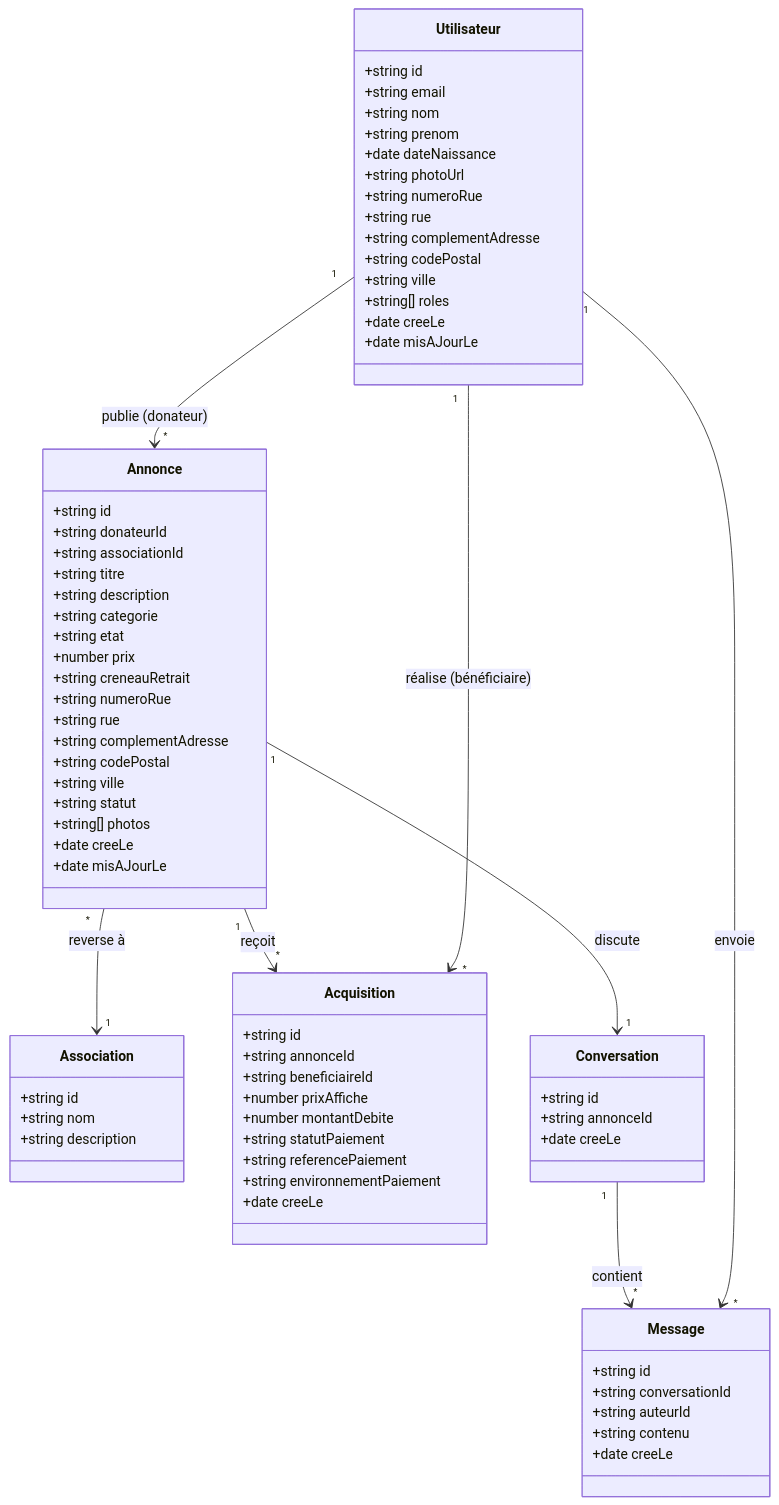
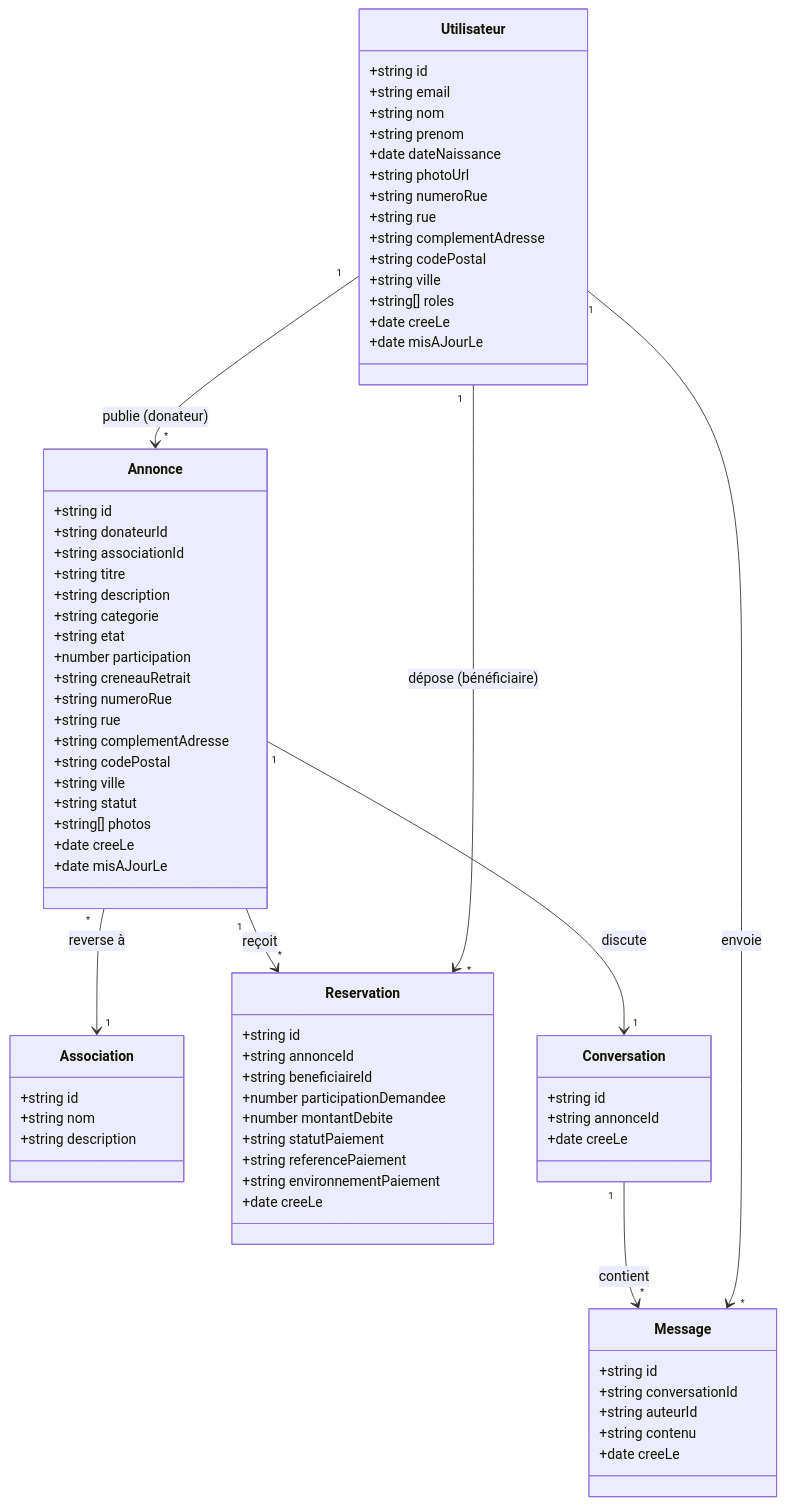
The diagram in specs/data-model.md (Lucas-ui/m2gdp-g6-don), drawn with Mermaid before and after one commit. The commit also changed other lines of this file and 6 other files, not shown here.

````diff
--- a/specs/data-model.md
+++ b/specs/data-model.md
@@ -19,80 +24,80 @@
 ```mermaid
 classDiagram
     class Utilisateur {
         +string id
         +string email
         +string nom
         +string prenom
         +date dateNaissance
         +string photoUrl
         +string numeroRue
         +string rue
         +string complementAdresse
         +string codePostal
         +string ville
         +string[] roles
         +date creeLe
         +date misAJourLe
     }
 
     class Annonce {
         +string id
         +string donateurId
         +string associationId
         +string titre
         +string description
         +string categorie
         +string etat
-        +number prix
+        +number participation
         +string creneauRetrait
         +string numeroRue
         +string rue
         +string complementAdresse
         +string codePostal
         +string ville
         +string statut
         +string[] photos
         +date creeLe
         +date misAJourLe
     }
 
     class Association {
         +string id
         +string nom
         +string description
     }
 
-    class Acquisition {
+    class Reservation {
         +string id
         +string annonceId
         +string beneficiaireId
-        +number prixAffiche
+        +number participationDemandee
         +number montantDebite
         +string statutPaiement
         +string referencePaiement
         +string environnementPaiement
         +date creeLe
     }
 
     class Conversation {
         +string id
         +string annonceId
         +date creeLe
     }
 
     class Message {
         +string id
         +string conversationId
         +string auteurId
         +string contenu
         +date creeLe
     }
 
     Utilisateur "1" --> "*" Annonce : publie (donateur)
     Annonce "*" --> "1" Association : reverse à
-    Annonce "1" --> "*" Acquisition : reçoit
-    Utilisateur "1" --> "*" Acquisition : réalise (bénéficiaire)
+    Annonce "1" --> "*" Reservation : reçoit
+    Utilisateur "1" --> "*" Reservation : dépose (bénéficiaire)
     Annonce "1" --> "1" Conversation : discute
     Conversation "1" --> "*" Message : contient
     Utilisateur "1" --> "*" Message : envoie
 ```
````
